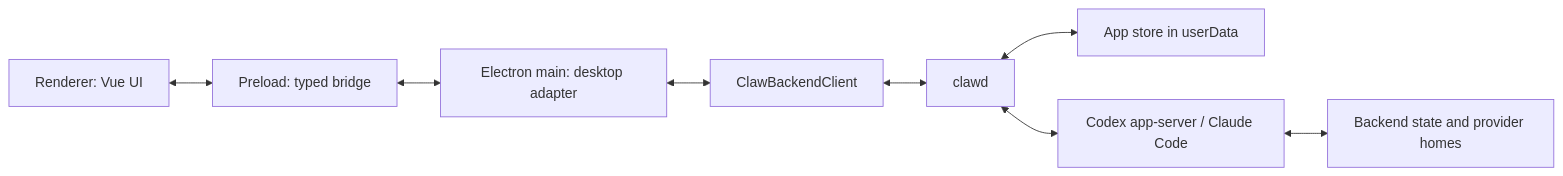
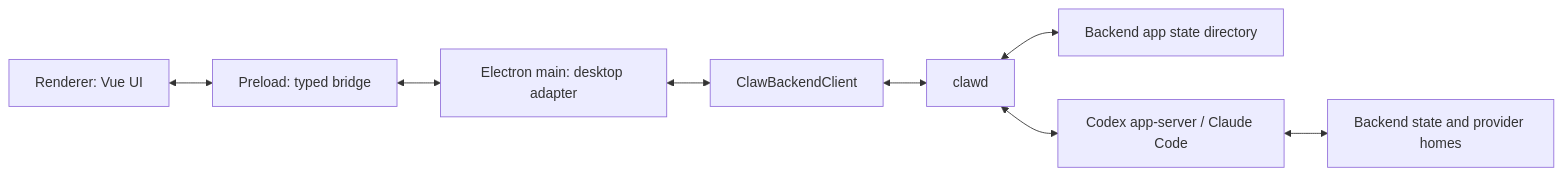
Before and after one commit to nbonamy/codex-claw: the diagram in docs/architecture.md, drawn with Mermaid. The commit also changed other lines of this file and 3 other files, not shown here.

````diff
--- a/docs/architecture.md
+++ b/docs/architecture.md
@@ -187,19 +187,19 @@
 ```mermaid
 flowchart LR
   Renderer["Renderer: Vue UI"]
   Preload["Preload: typed bridge"]
   Main["Electron main: desktop adapter"]
   Client["ClawBackendClient"]
   Backend["clawd"]
-  Store["App store in userData"]
+  Store["Backend app state directory"]
   Server["Codex app-server / Claude Code"]
   CodexHome["Backend state and provider homes"]
 
   Renderer <--> Preload
   Preload <--> Main
   Main <--> Client
   Client <--> Backend
   Backend <--> Store
   Backend <--> Server
   Server <--> CodexHome
 ```
````
